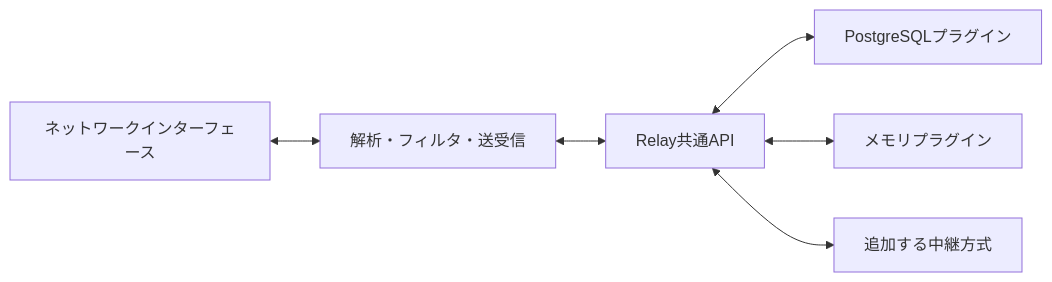
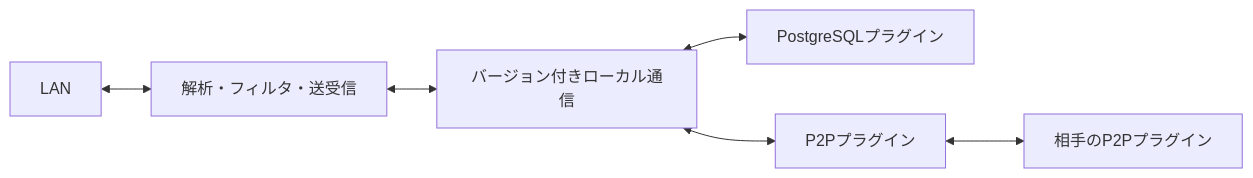
Before and after one commit to aida0710/stegrdb: the diagram in docs/relay-plugins.md, drawn with Mermaid. The commit also changed other lines of this file and 35 other files, not shown here.

````diff
--- a/docs/relay-plugins.md
+++ b/docs/relay-plugins.md
@@ -7,8 +7,8 @@
 ```mermaid
 flowchart LR
-    NIC["ネットワークインターフェース"] <--> Engine["解析・フィルタ・送受信"]
-    Engine <--> API["Relay共通API"]
-    API <--> PostgreSQL["PostgreSQLプラグイン"]
-    API <--> Memory["メモリプラグイン"]
-    API <--> Future["追加する中継方式"]
+    NIC[LAN] <--> Engine[解析・フィルタ・送受信]
+    Engine <--> IPC[バージョン付きローカル通信]
+    IPC <--> PG[PostgreSQLプラグイン]
+    IPC <--> P2P[P2Pプラグイン]
+    P2P <--> Peer[相手のP2Pプラグイン]
 ```
````
